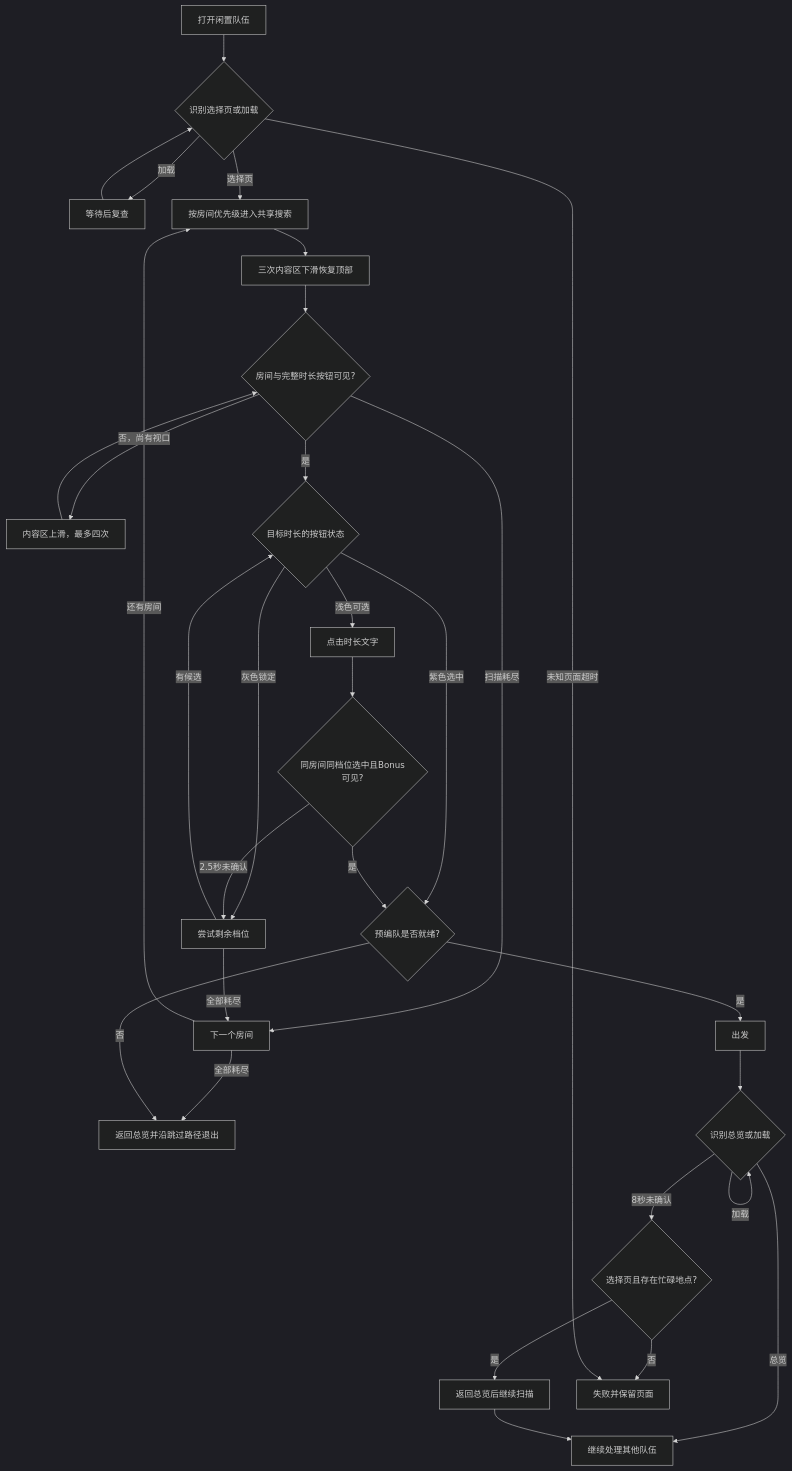
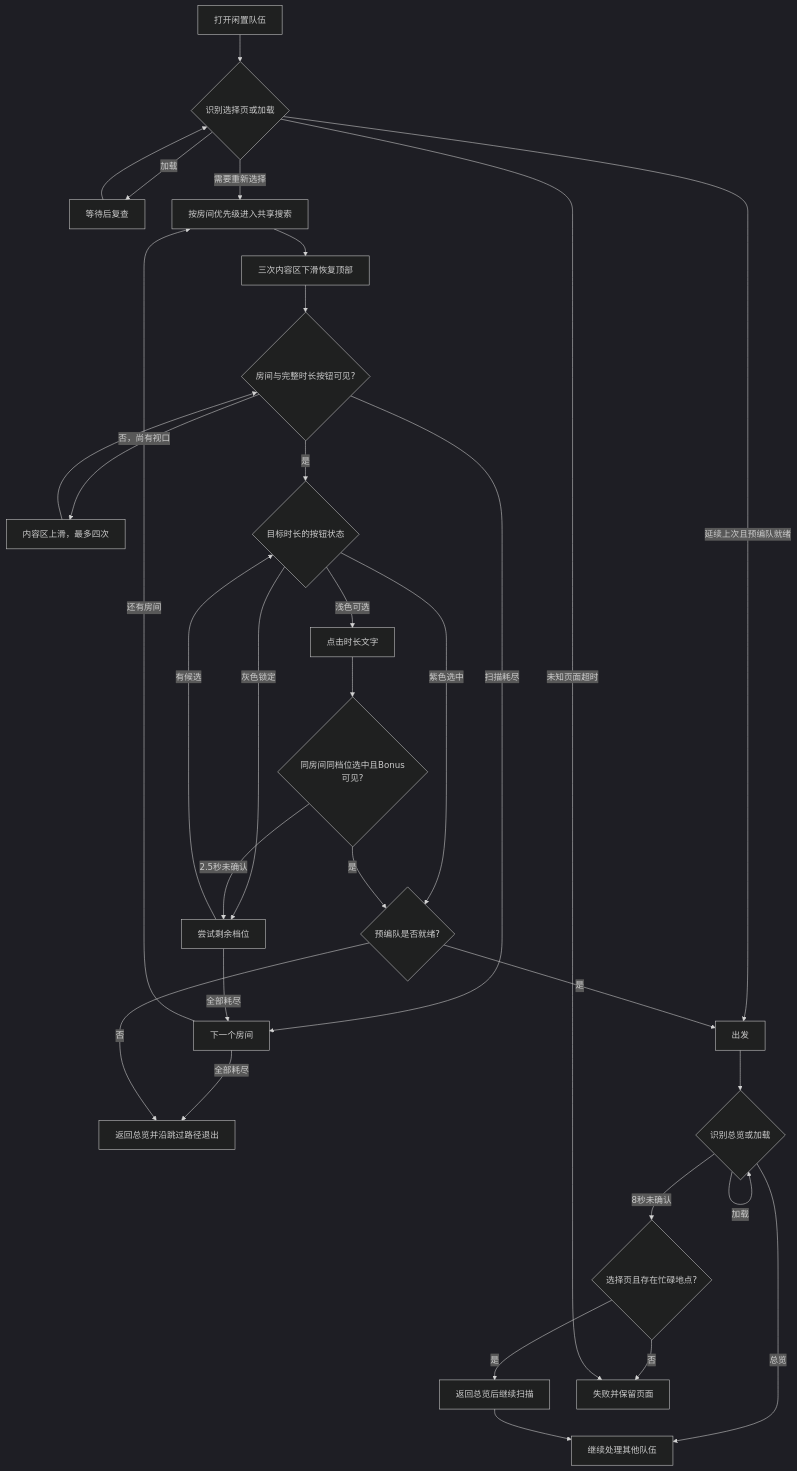
The second of 2 diagrams in docs/zh_cn/tasks/daily_dispatch.md (cccrx1/TKFMaa), drawn with Mermaid (dark theme) before and after one commit. The commit also changed other lines of this file and 2 other files, not shown here.

````diff
--- a/docs/zh_cn/tasks/daily_dispatch.md
+++ b/docs/zh_cn/tasks/daily_dispatch.md
@@ -67,33 +67,34 @@
 ```mermaid
 flowchart TD
     Start[打开闲置队伍] --> State{识别选择页或加载}
     State -->|加载| Wait[等待后复查]
     Wait --> State
-    State -->|选择页| Room[按房间优先级进入共享搜索]
+    State -->|延续上次且预编队就绪| Launch[出发]
+    State -->|需要重新选择| Room[按房间优先级进入共享搜索]
     Room --> Reset[三次内容区下滑恢复顶部]
     Reset --> Search{房间与完整时长按钮可见?}
     Search -->|否，尚有视口| Swipe[内容区上滑，最多四次]
     Swipe --> Search
     Search -->|扫描耗尽| Next[下一个房间]
     Search -->|是| Selected{目标时长的按钮状态}
     Selected -->|紫色选中| Team{预编队是否就绪?}
     Selected -->|浅色可选| Pick[点击时长文字]
     Selected -->|灰色锁定| Remaining[尝试剩余档位]
     Pick --> Verify{同房间同档位选中且Bonus可见?}
     Verify -->|是| Team
     Verify -->|2.5秒未确认| Remaining[尝试剩余档位]
     Remaining -->|有候选| Selected
     Remaining -->|全部耗尽| Next
     Next -->|还有房间| Room
     Next -->|全部耗尽| Skip[返回总览并沿跳过路径退出]
     Team -->|否| Skip
     Team -->|是| Launch[出发]
     Launch --> After{识别总览或加载}
     After -->|加载| After
     After -->|总览| Scan[继续处理其他队伍]
     After -->|8秒未确认| Fallback{选择页且存在忙碌地点?}
     Fallback -->|是| Return[返回总览后继续扫描]
     Fallback -->|否| Fail[失败并保留页面]
     Return --> Scan
     State -->|未知页面超时| Fail
 ```
````
